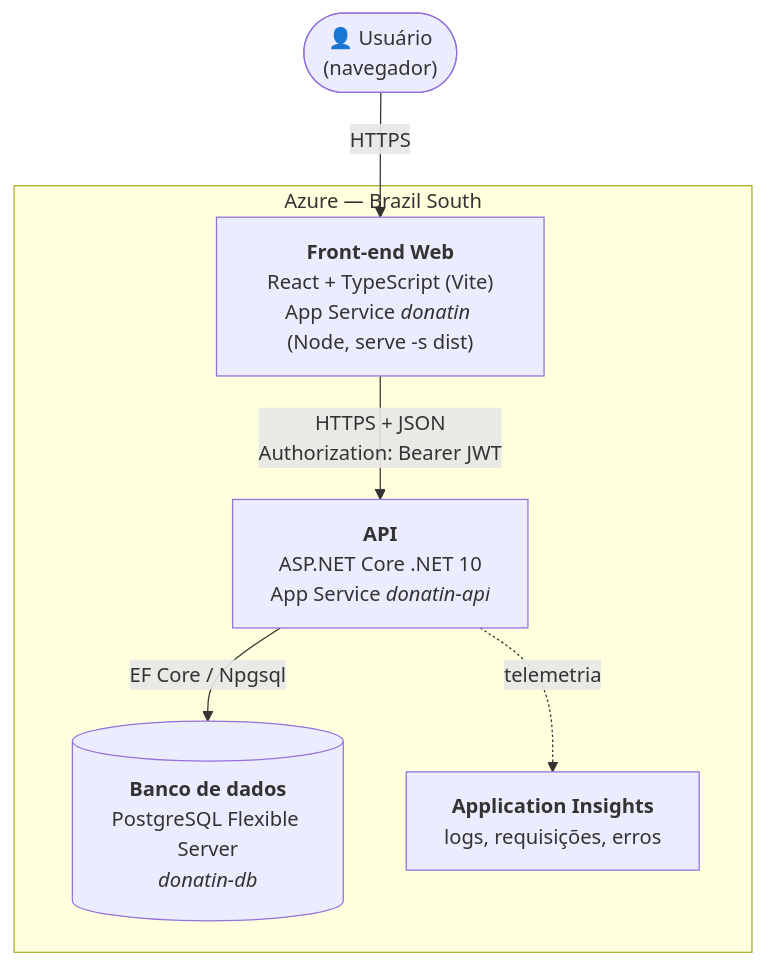
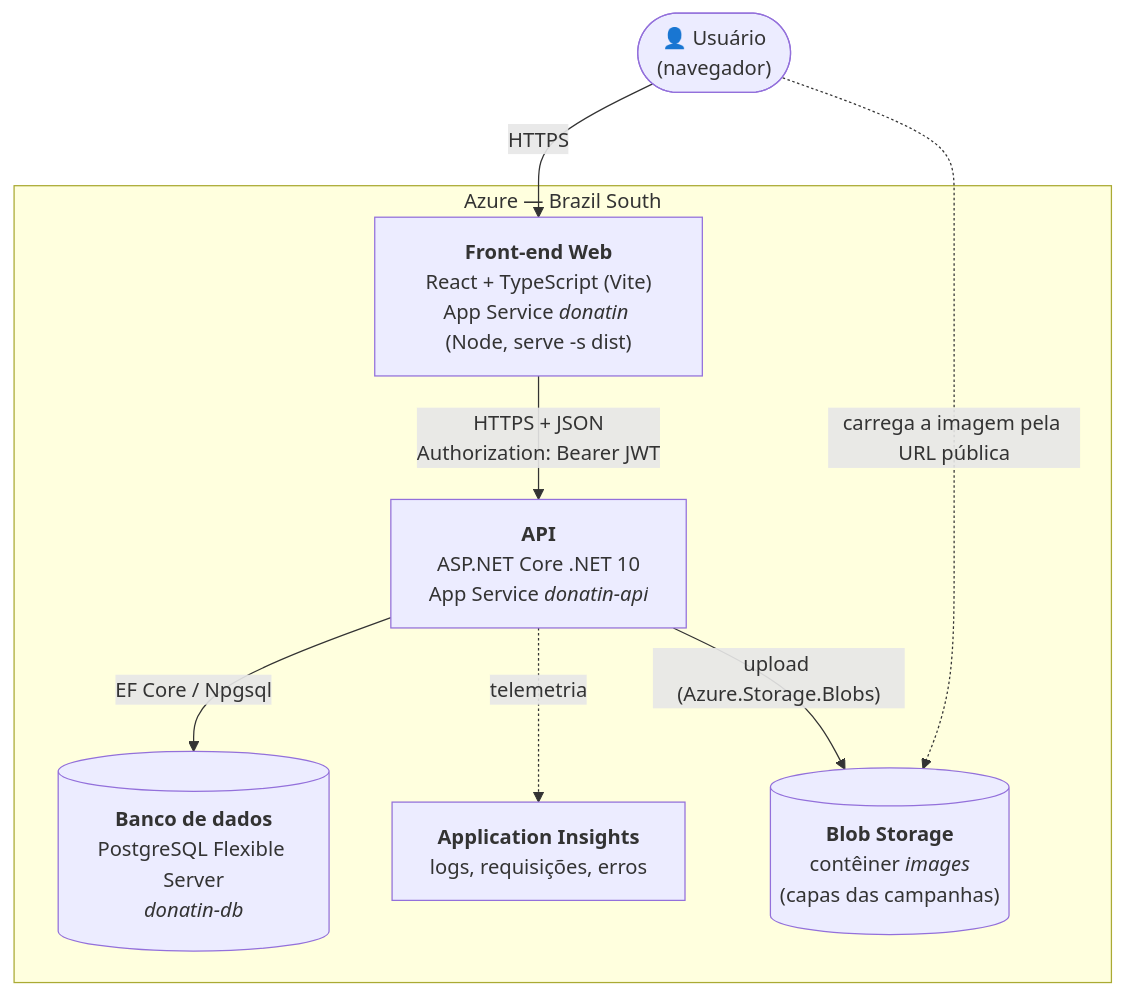
One commit to guilhermepaluski/Donatin changed the second of 4 diagrams in docs/wiki/Arquitetura.md. Above: the diagram before and after it, drawn with Mermaid. The commit also changed other lines of this file and 6 other files, not shown here.

Commit message:
docs: update wiki for image upload to Azure Blob Storage

````diff
--- a/docs/wiki/Arquitetura.md
+++ b/docs/wiki/Arquitetura.md
@@ -25,16 +25,19 @@
 ```mermaid
 flowchart TB
     user(["👤 Usuário<br/>(navegador)"])
 
     subgraph azure["Azure — Brazil South"]
         web["<b>Front-end Web</b><br/>React + TypeScript (Vite)<br/>App Service <i>donatin</i> (Node, serve -s dist)"]
         api["<b>API</b><br/>ASP.NET Core .NET 10<br/>App Service <i>donatin-api</i>"]
         db[("<b>Banco de dados</b><br/>PostgreSQL Flexible Server<br/><i>donatin-db</i>")]
         ai["<b>Application Insights</b><br/>logs, requisições, erros"]
+        blob[("<b>Blob Storage</b><br/>contêiner <i>images</i><br/>(capas das campanhas)")]
     end
 
     user -->|"HTTPS"| web
     web -->|"HTTPS + JSON<br/>Authorization: Bearer JWT"| api
     api -->|"EF Core / Npgsql"| db
     api -.->|"telemetria"| ai
+    api -->|"upload (Azure.Storage.Blobs)"| blob
+    user -.->|"carrega a imagem pela URL pública"| blob
 ```
````
